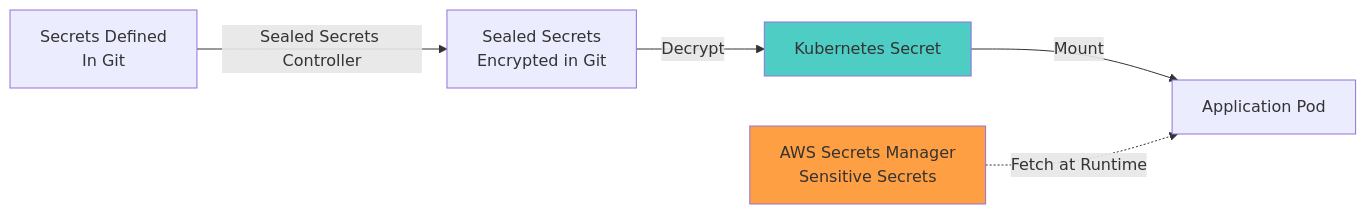
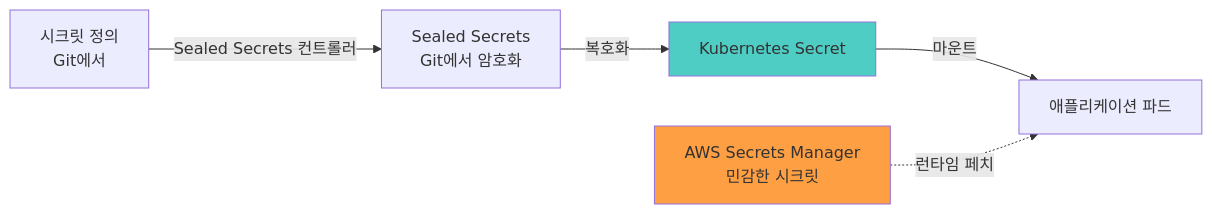
Diagram 13 of 15 in docs/final-architecture/01-aws-architecture-diagram.md (Pinksea-AI/InvokeAI), drawn with Mermaid before and after one commit. The commit also changed other lines of this file, not shown here.

First line of the commit message:
docs: AWS 아키텍처 다이어그램 문서를 한글로 번역

````diff
--- a/docs/final-architecture/01-aws-architecture-diagram.md
+++ b/docs/final-architecture/01-aws-architecture-diagram.md
@@ -719,19 +719,19 @@
 ```mermaid
 graph LR
-    SecretsDef[Secrets Defined<br/>In Git]
+    SecretsDef[시크릿 정의<br/>Git에서]
 
-    SealedSecret[Sealed Secrets<br/>Encrypted in Git]
+    SealedSecret[Sealed Secrets<br/>Git에서 암호화]
 
-    SecretsDef -->|Sealed Secrets Controller| SealedSecret
+    SecretsDef -->|Sealed Secrets 컨트롤러| SealedSecret
 
-    SealedSecret -->|Decrypt| K8sSecret[Kubernetes Secret]
+    SealedSecret -->|복호화| K8sSecret[Kubernetes Secret]
 
-    K8sSecret -->|Mount| Pod[Application Pod]
+    K8sSecret -->|마운트| Pod[애플리케이션 파드]
 
-    SM[AWS Secrets Manager<br/>Sensitive Secrets]
+    SM[AWS Secrets Manager<br/>민감한 시크릿]
 
-    SM -.->|Fetch at Runtime| Pod
+    SM -.->|런타임 페치| Pod
 
     style SM fill:#FF9F43
     style K8sSecret fill:#4ECDC4
 ```
````
